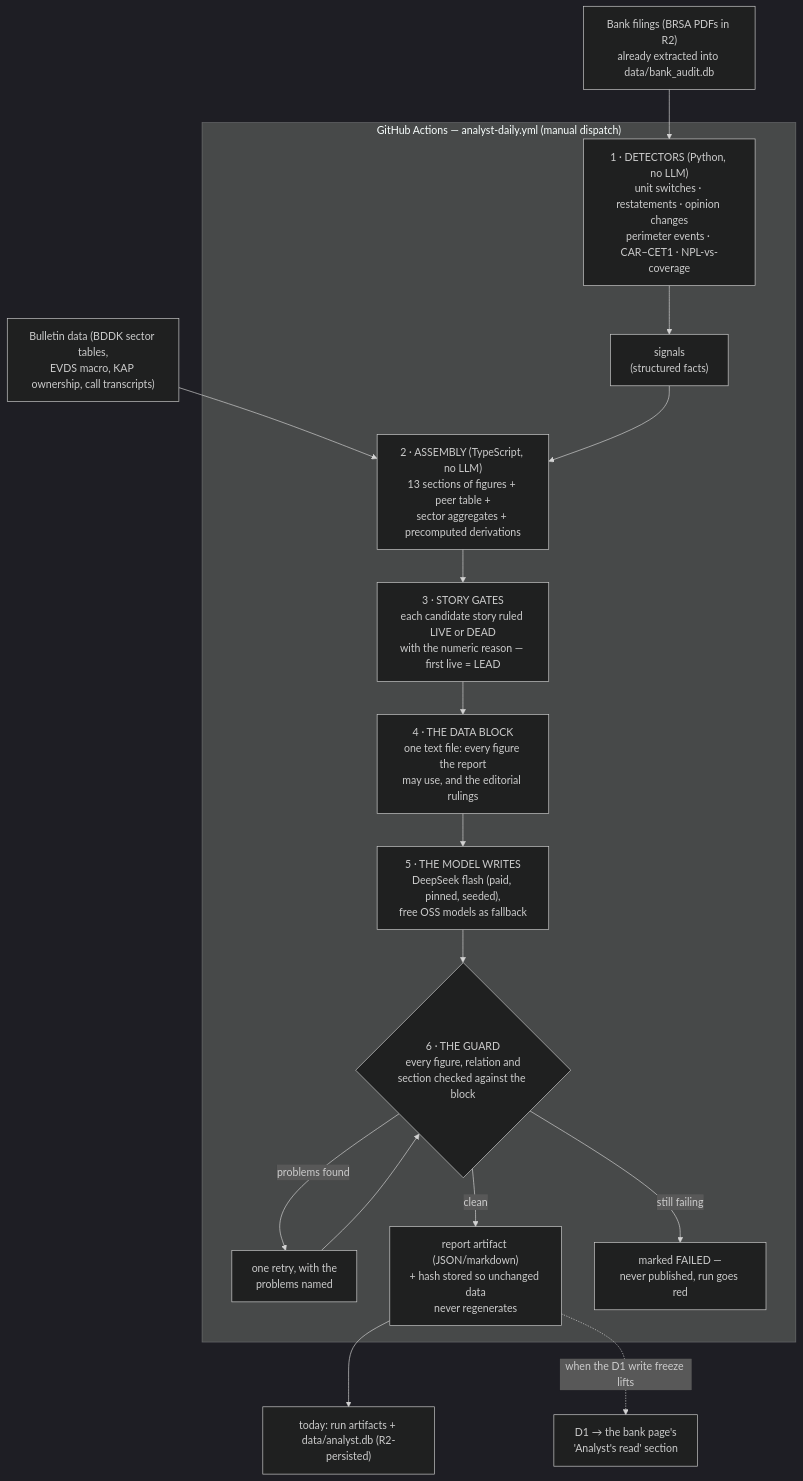
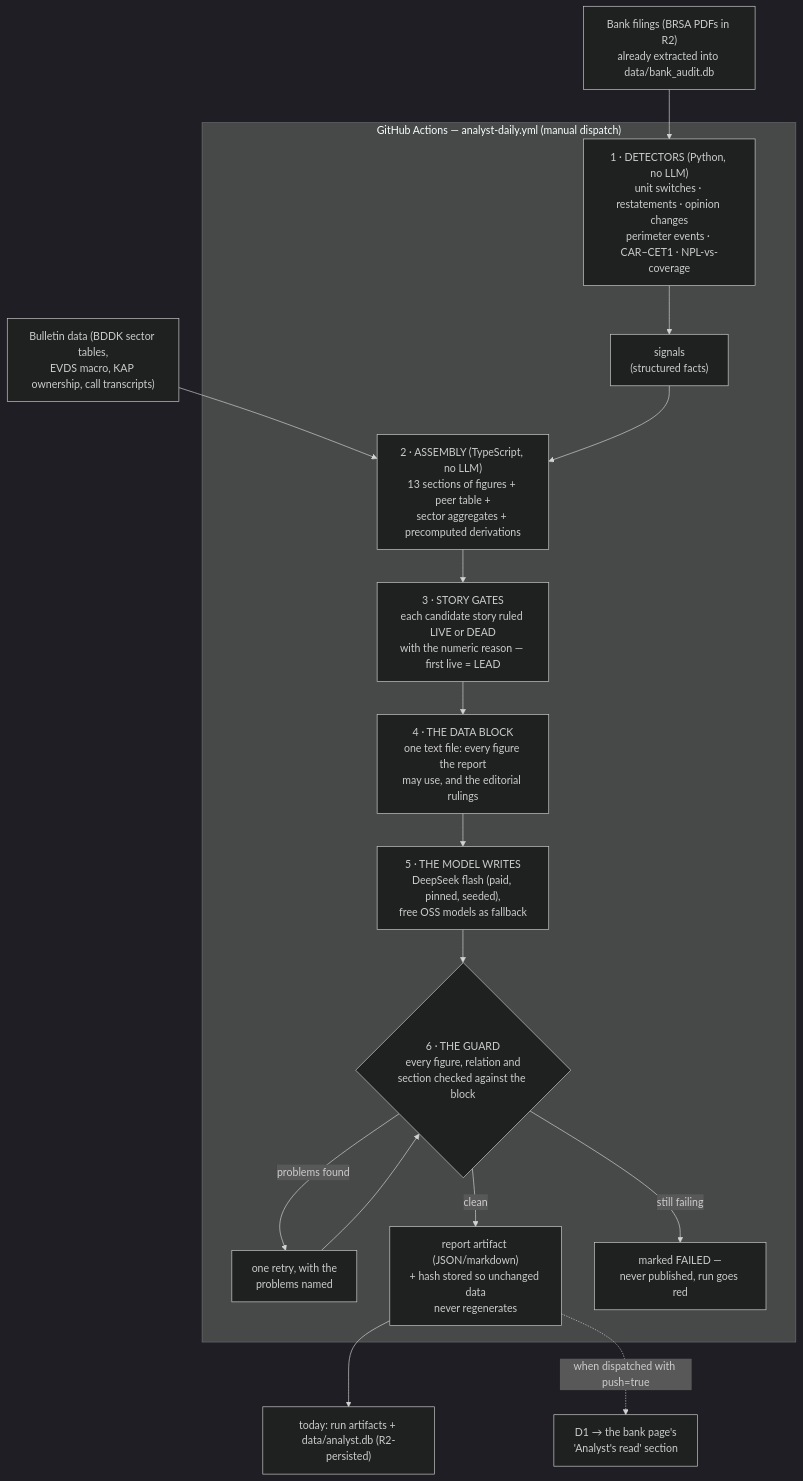
Before and after one commit to incesalim/Carthago: the first of 2 diagrams in docs/ANALYST.md, drawn with Mermaid (dark theme). The commit also changed other lines of this file and 2 other files, not shown here.

First line of the commit message:
docs(analyst): reconcile the analyst docs with what the code and D1 actually say

````diff
--- a/docs/ANALYST.md
+++ b/docs/ANALYST.md
@@ -16,20 +16,20 @@
 ```mermaid
 flowchart TD
     A["Bank filings (BRSA PDFs in R2)\nalready extracted into data/bank_audit.db"] --> B
     A2["Bulletin data (BDDK sector tables,\nEVDS macro, KAP ownership, call transcripts)"] --> D
 
     subgraph CI ["GitHub Actions — analyst-daily.yml (manual dispatch)"]
         B["1 · DETECTORS (Python, no LLM)\nunit switches · restatements · opinion changes\nperimeter events · CAR−CET1 · NPL-vs-coverage"] --> C["signals\n(structured facts)"]
         C --> D["2 · ASSEMBLY (TypeScript, no LLM)\n13 sections of figures + peer table +\nsector aggregates + precomputed derivations"]
         D --> E["3 · STORY GATES\neach candidate story ruled LIVE or DEAD\nwith the numeric reason — first live = LEAD"]
         E --> F["4 · THE DATA BLOCK\none text file: every figure the report\nmay use, and the editorial rulings"]
         F --> G["5 · THE MODEL WRITES\nDeepSeek flash (paid, pinned, seeded),\nfree OSS models as fallback"]
         G --> H{"6 · THE GUARD\nevery figure, relation and\nsection checked against the block"}
         H -- "problems found" --> R["one retry, with the\nproblems named"] --> H
         H -- clean --> I["report artifact (JSON/markdown)\n+ hash stored so unchanged data\nnever regenerates"]
         H -- "still failing" --> J["marked FAILED —\nnever published, run goes red"]
     end
 
     I --> K["today: run artifacts + data/analyst.db (R2-persisted)"]
-    I -.->|"when the D1 write freeze lifts"| L["D1 → the bank page's\n'Analyst's read' section"]
+    I -.->|"when dispatched with push=true"| L["D1 → the bank page's\n'Analyst's read' section"]
 ```
````
